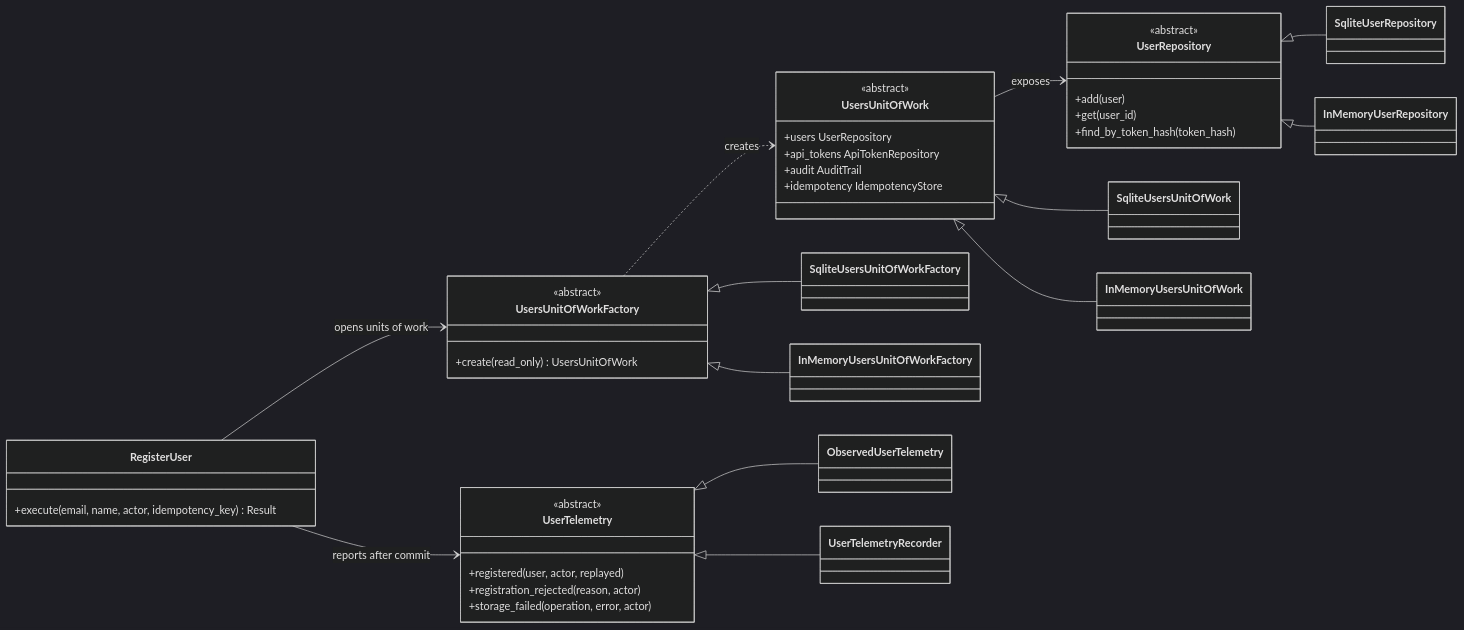
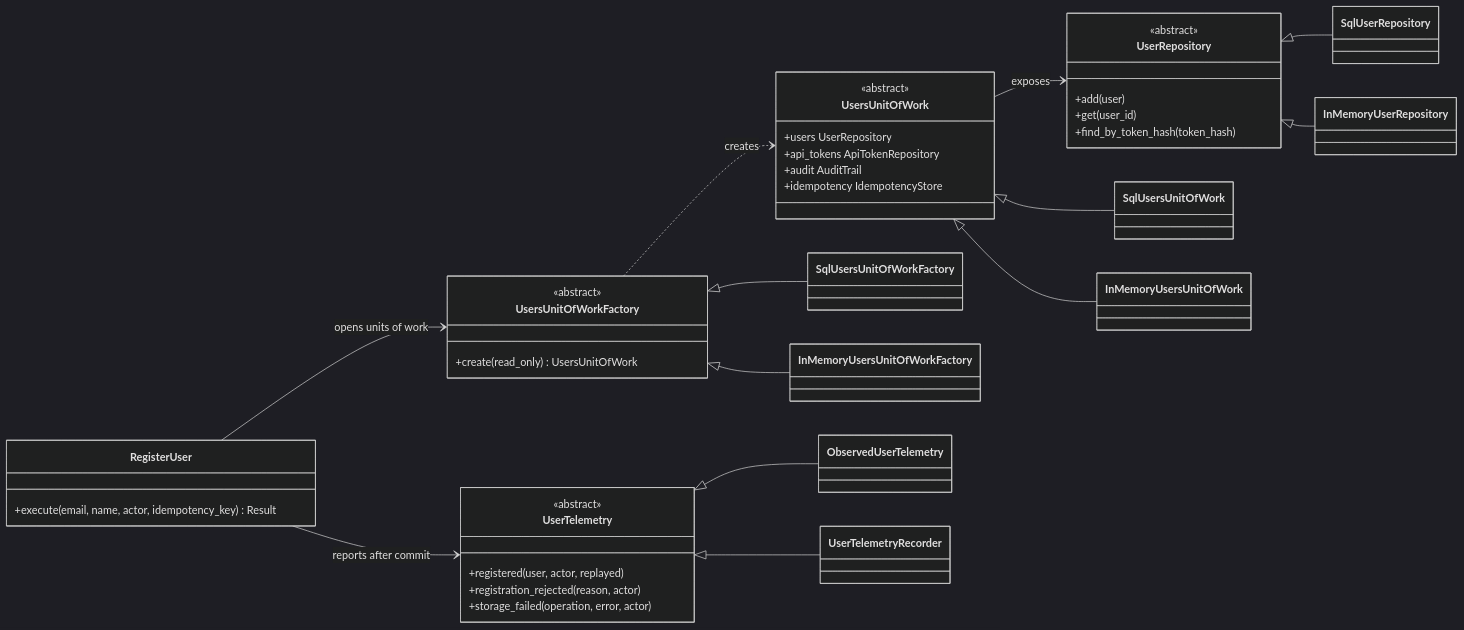
The second of 6 diagrams in examples/todo/README.md (ashforge-rs/blitz), drawn with Mermaid (dark theme) before and after one commit. The commit also changed other lines of this file and 67 other files, not shown here.

````diff
--- a/examples/todo/README.md
+++ b/examples/todo/README.md
@@ -212,42 +228,42 @@
 ```mermaid
 classDiagram
     direction LR
     class RegisterUser {
         +execute(email, name, actor, idempotency_key) Result
     }
     class UsersUnitOfWorkFactory {
         <<abstract>>
         +create(read_only) UsersUnitOfWork
     }
     class UsersUnitOfWork {
         <<abstract>>
         +users UserRepository
         +api_tokens ApiTokenRepository
         +audit AuditTrail
         +idempotency IdempotencyStore
     }
     class UserRepository {
         <<abstract>>
         +add(user)
         +get(user_id)
         +find_by_token_hash(token_hash)
     }
     class UserTelemetry {
         <<abstract>>
         +registered(user, actor, replayed)
         +registration_rejected(reason, actor)
         +storage_failed(operation, error, actor)
     }
     RegisterUser --> UsersUnitOfWorkFactory : opens units of work
     RegisterUser --> UserTelemetry : reports after commit
     UsersUnitOfWorkFactory ..> UsersUnitOfWork : creates
     UsersUnitOfWork --> UserRepository : exposes
-    UsersUnitOfWorkFactory <|-- SqliteUsersUnitOfWorkFactory
+    UsersUnitOfWorkFactory <|-- SqlUsersUnitOfWorkFactory
     UsersUnitOfWorkFactory <|-- InMemoryUsersUnitOfWorkFactory
-    UsersUnitOfWork <|-- SqliteUsersUnitOfWork
+    UsersUnitOfWork <|-- SqlUsersUnitOfWork
     UsersUnitOfWork <|-- InMemoryUsersUnitOfWork
-    UserRepository <|-- SqliteUserRepository
+    UserRepository <|-- SqlUserRepository
     UserRepository <|-- InMemoryUserRepository
     UserTelemetry <|-- ObservedUserTelemetry
     UserTelemetry <|-- UserTelemetryRecorder
 ```
````
